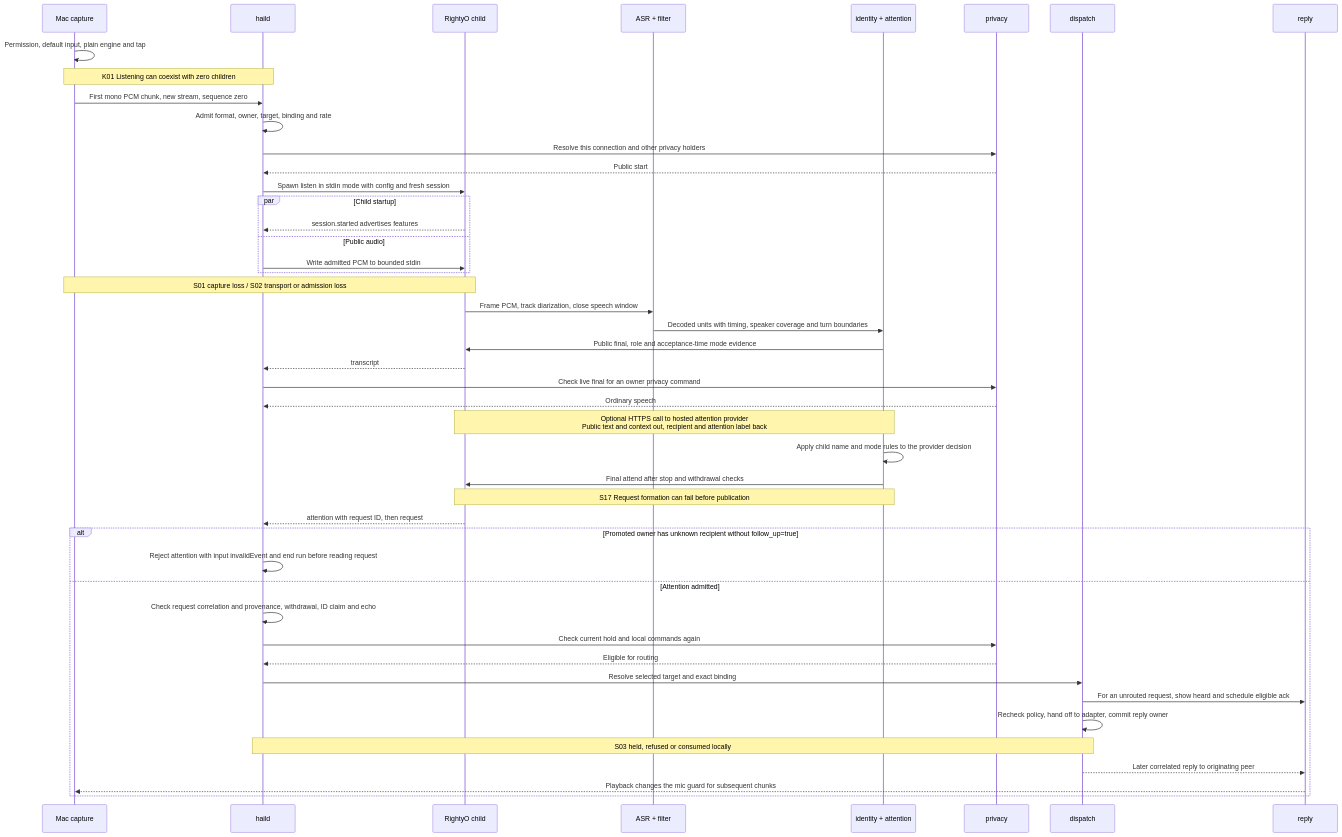
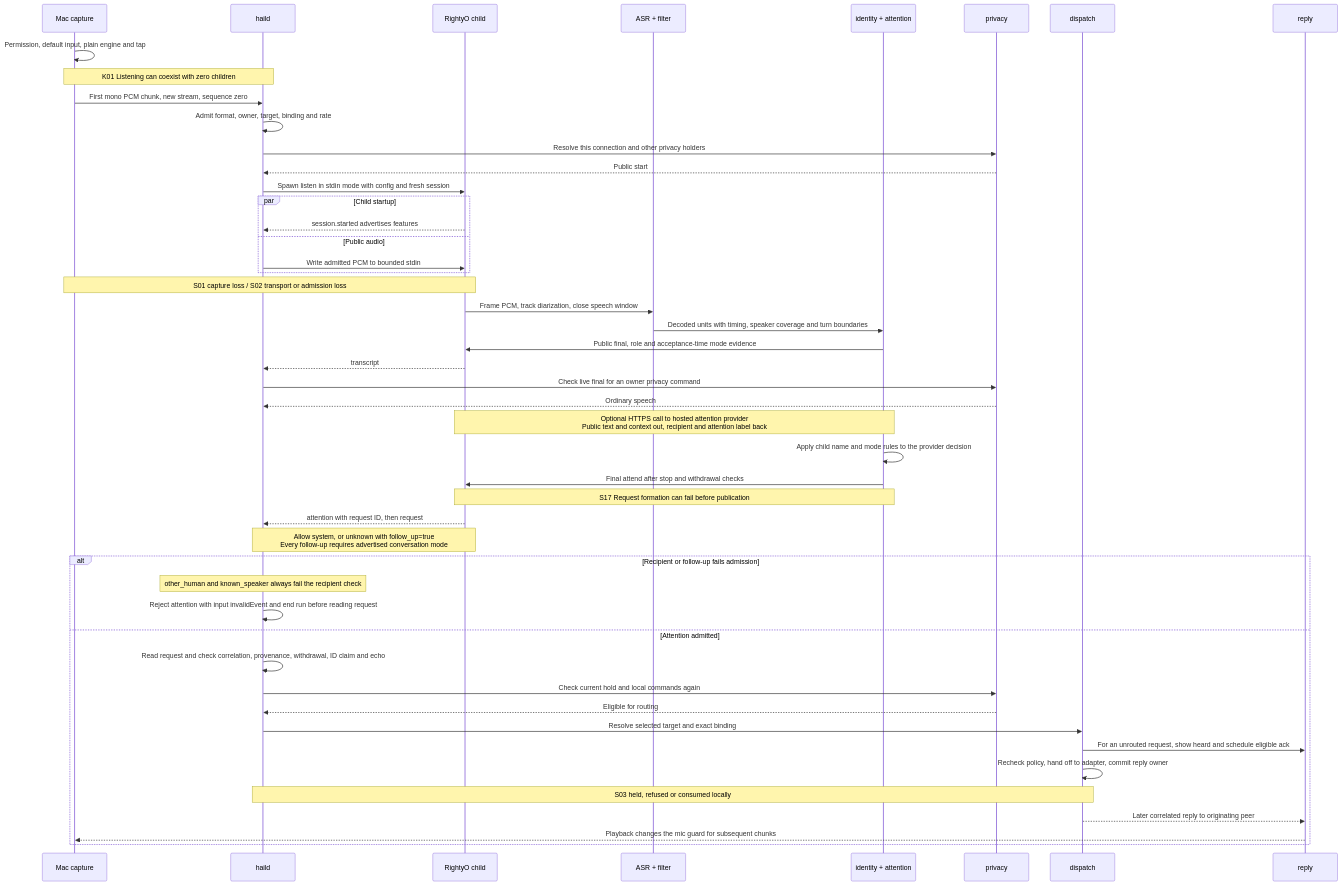
Before and after one commit to mickdarling/hailing-station: the first of 8 diagrams in docs/rightyo-swimlanes.md, drawn with Mermaid. The commit also changed other lines of this file, not shown here.

````diff
--- a/docs/rightyo-swimlanes.md
+++ b/docs/rightyo-swimlanes.md
@@ -19,48 +19,50 @@
 ```mermaid
 sequenceDiagram
     participant M as Mac capture
     participant H as haild
     participant C as RightyO child
     participant A as ASR + filter
     participant I as identity + attention
     participant P as privacy
     participant D as dispatch
     participant R as reply
     M->>M: Permission, default input, plain engine and tap
     Note over M,H: K01 Listening can coexist with zero children
     M->>H: First mono PCM chunk, new stream, sequence zero
     H->>H: Admit format, owner, target, binding and rate
     H->>P: Resolve this connection and other privacy holders
     P-->>H: Public start
     H->>C: Spawn listen in stdin mode with config and fresh session
     par Child startup
         C-->>H: session.started advertises features
     and Public audio
         H->>C: Write admitted PCM to bounded stdin
     end
     Note over M,C: S01 capture loss / S02 transport or admission loss
     C->>A: Frame PCM, track diarization, close speech window
     A->>I: Decoded units with timing, speaker coverage and turn boundaries
     I->>C: Public final, role and acceptance-time mode evidence
     C-->>H: transcript
     H->>P: Check live final for an owner privacy command
     P-->>H: Ordinary speech
     Note over C,I: Optional HTTPS call to hosted attention provider<br/>Public text and context out, recipient and attention label back
     I->>I: Apply child name and mode rules to the provider decision
     I->>C: Final attend after stop and withdrawal checks
     Note over C,I: S17 Request formation can fail before publication
     C-->>H: attention with request ID, then request
-    alt Promoted owner has unknown recipient without follow_up=true
+    Note over H,C: Allow system, or unknown with follow_up=true<br/>Every follow-up requires advertised conversation mode
+    alt Recipient or follow-up fails admission
+        Note over H: other_human and known_speaker always fail the recipient check
         H->>H: Reject attention with input invalidEvent and end run before reading request
     else Attention admitted
-        H->>H: Check request correlation and provenance, withdrawal, ID claim and echo
+        H->>H: Read request and check correlation, provenance, withdrawal, ID claim and echo
         H->>P: Check current hold and local commands again
         P-->>H: Eligible for routing
         H->>D: Resolve selected target and exact binding
         D->>R: For an unrouted request, show heard and schedule eligible ack
         D->>D: Recheck policy, hand off to adapter, commit reply owner
         Note over H,D: S03 held, refused or consumed locally
         D-->>R: Later correlated reply to originating peer
         R-->>M: Playback changes the mic guard for subsequent chunks
     end
 ```
````
